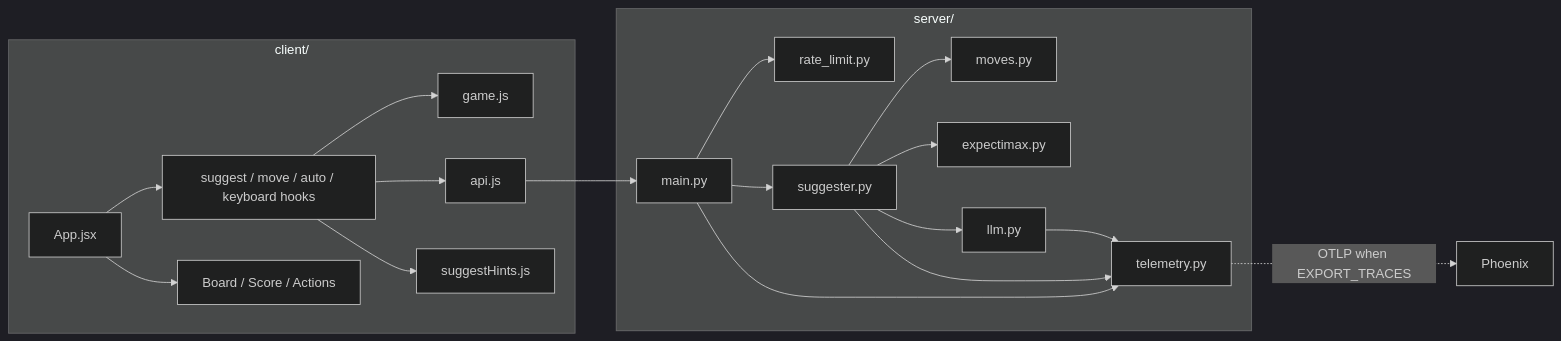
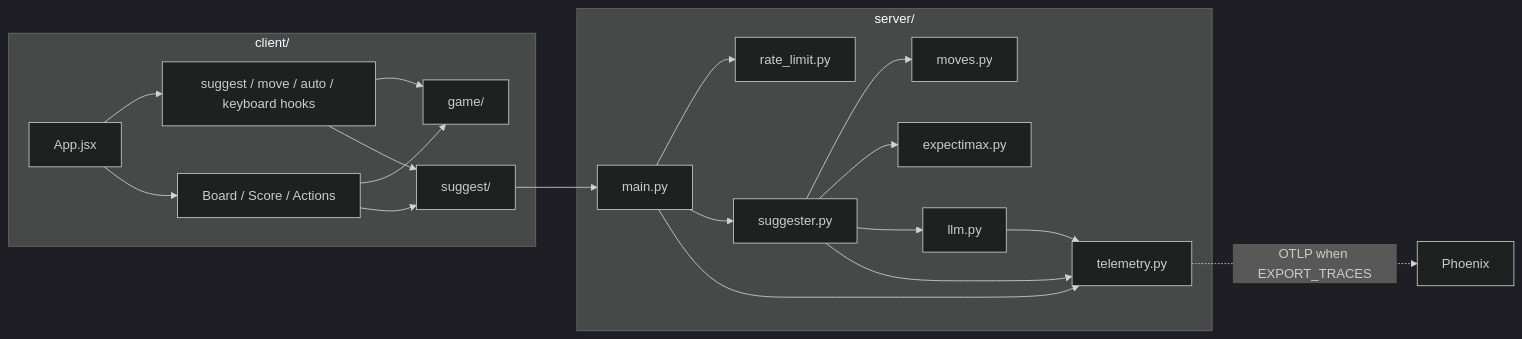
The third of 3 diagrams in docs/architecture.md (christycty/game-2048), drawn with Mermaid (dark theme) before and after one commit. The commit also changed other lines of this file and 23 other files, not shown here.

First line of the commit message:
Group client leaves into game/ and suggest/ domain folders.

````diff
--- a/docs/architecture.md
+++ b/docs/architecture.md
@@ -57,35 +57,35 @@
 ```mermaid
 flowchart LR
   subgraph client [client/]
     App[App.jsx]
     Hooks[suggest / move / auto / keyboard hooks]
-    Hints[suggestHints.js]
-    Game[game.js]
-    Api[api.js]
+    GameDir[game/]
+    SuggestDir[suggest/]
     UI[Board / Score / Actions]
     App --> Hooks
     App --> UI
-    Hooks --> Game
-    Hooks --> Api
-    Hooks --> Hints
+    Hooks --> GameDir
+    Hooks --> SuggestDir
+    UI --> GameDir
+    UI --> SuggestDir
   end
   subgraph server [server/]
     Main[main.py]
     Limit[rate_limit.py]
     Suggester[suggester.py]
     Moves[moves.py]
     Expectimax[expectimax.py]
     LLM[llm.py]
     Telemetry[telemetry.py]
     Main --> Limit
     Main --> Suggester
     Main --> Telemetry
     Suggester --> Moves
     Suggester --> Expectimax
     Suggester --> LLM
     Suggester --> Telemetry
     LLM --> Telemetry
   end
-  Api --> Main
+  SuggestDir --> Main
   Telemetry -.->|OTLP when EXPORT_TRACES| Phoenix[Phoenix]
 ```
````
